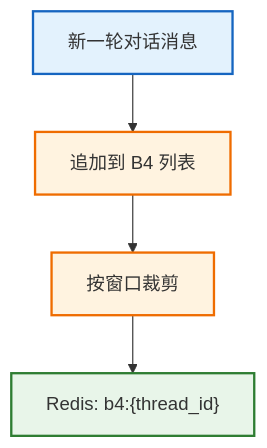
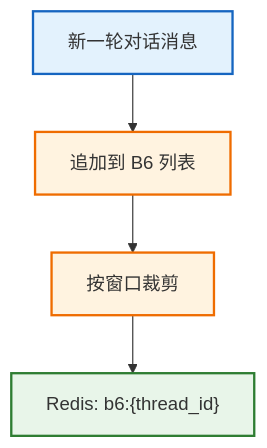
Before and after one commit to D15190304050/generic-agent: the eighth of 38 diagrams in discussions/ContextManagerV6.md, drawn with Mermaid. The commit also changed other lines of this file, not shown here.

````diff
--- a/discussions/ContextManagerV6.md
+++ b/discussions/ContextManagerV6.md
@@ -670,13 +666,13 @@
 ```mermaid
 flowchart TB
     classDef input fill:#e3f2fd,stroke:#1565c0,stroke-width:2px;
     classDef process fill:#fff3e0,stroke:#ef6c00,stroke-width:2px;
     classDef store fill:#e8f5e9,stroke:#2e7d32,stroke-width:2px;
 
     NewMsg["新一轮对话消息"]:::input
-    Append["追加到 B4 列表"]:::process
+    Append["追加到 B6 列表"]:::process
     Trim["按窗口裁剪"]:::process
-    RedisB4["Redis: b4:{thread_id}"]:::store
+    RedisB6["Redis: b6:{thread_id}"]:::store
 
-    NewMsg --> Append --> Trim --> RedisB4
+    NewMsg --> Append --> Trim --> RedisB6
 ```
````
